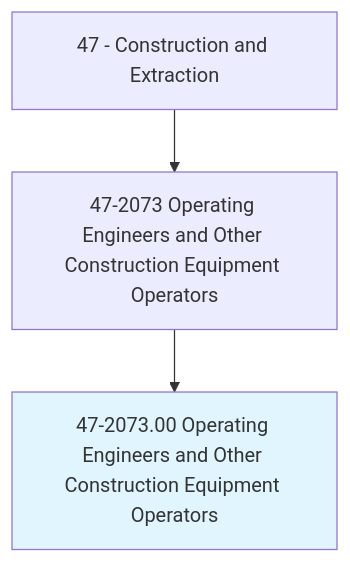
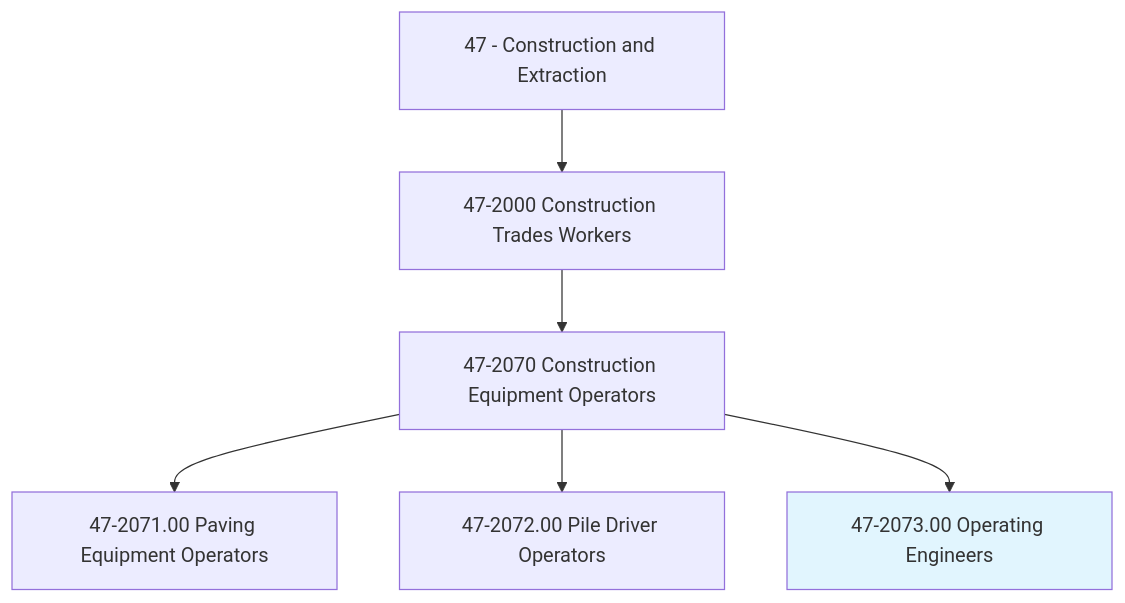
The first of 4 diagrams in occupations/Construction/OperatingEngineersAndOtherConstructionEquipmentOperators.mdx (kziemski/business.org.ai), drawn with Mermaid before and after one commit. The commit also changed other lines of this file and 938 other files, not shown here.

````diff
--- a/occupations/Construction/OperatingEngineersAndOtherConstructionEquipmentOperators.mdx
+++ b/occupations/Construction/OperatingEngineersAndOtherConstructionEquipmentOperators.mdx
@@ -19,6 +23,9 @@
 ```mermaid
 graph TD
-    Cat47["47 - Construction and Extraction"] --> Group472073["47-2073 Operating Engineers and Other Construction Equipment Operators"]
-    Group472073 --> Current["47-2073.00 Operating Engineers and Other Construction Equipment Operators"]
+    Cat47["47 - Construction and Extraction"] --> Group472["47-2000 Construction Trades Workers"]
+    Group472 --> Group4720["47-2070 Construction Equipment Operators"]
+    Group4720 --> Paving["47-2071.00 Paving Equipment Operators"]
+    Group4720 --> PileDriver["47-2072.00 Pile Driver Operators"]
+    Group4720 --> Current["47-2073.00 Operating Engineers"]
     style Current fill:#e1f5fe
 ```
````
